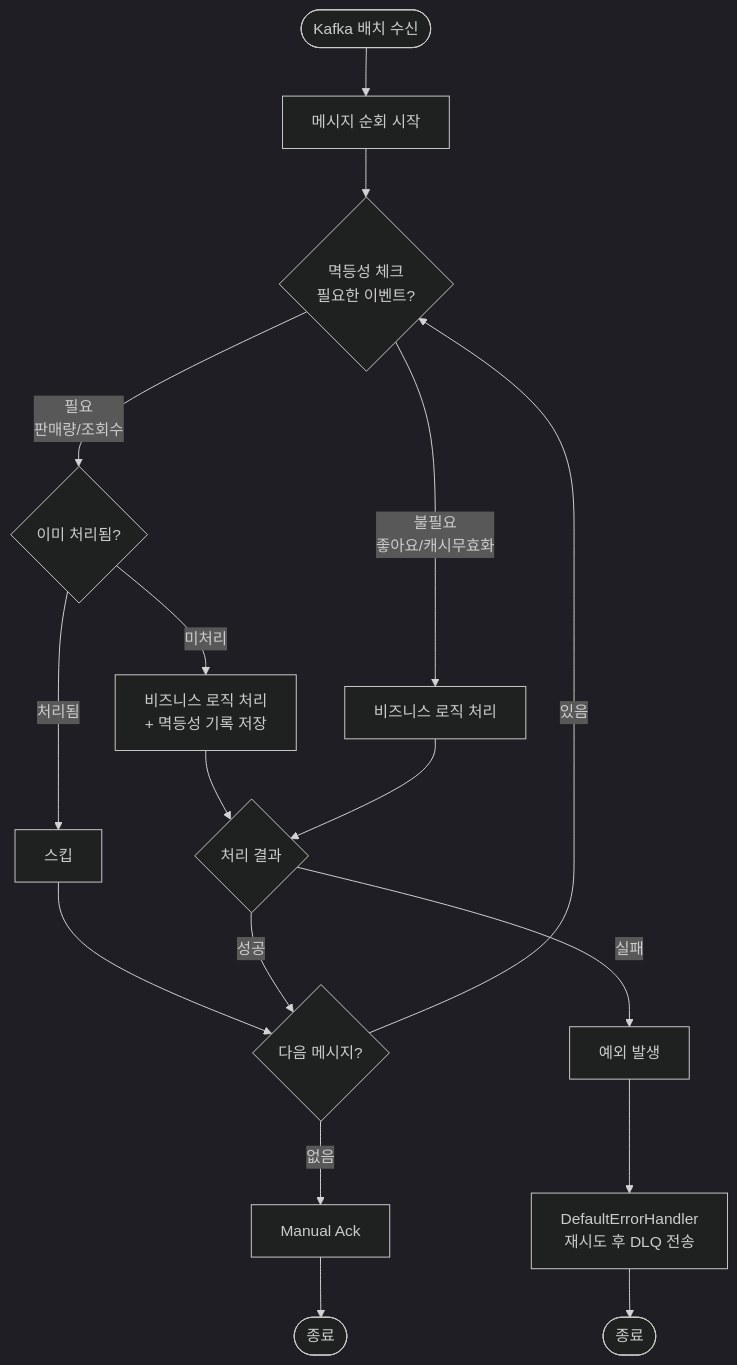
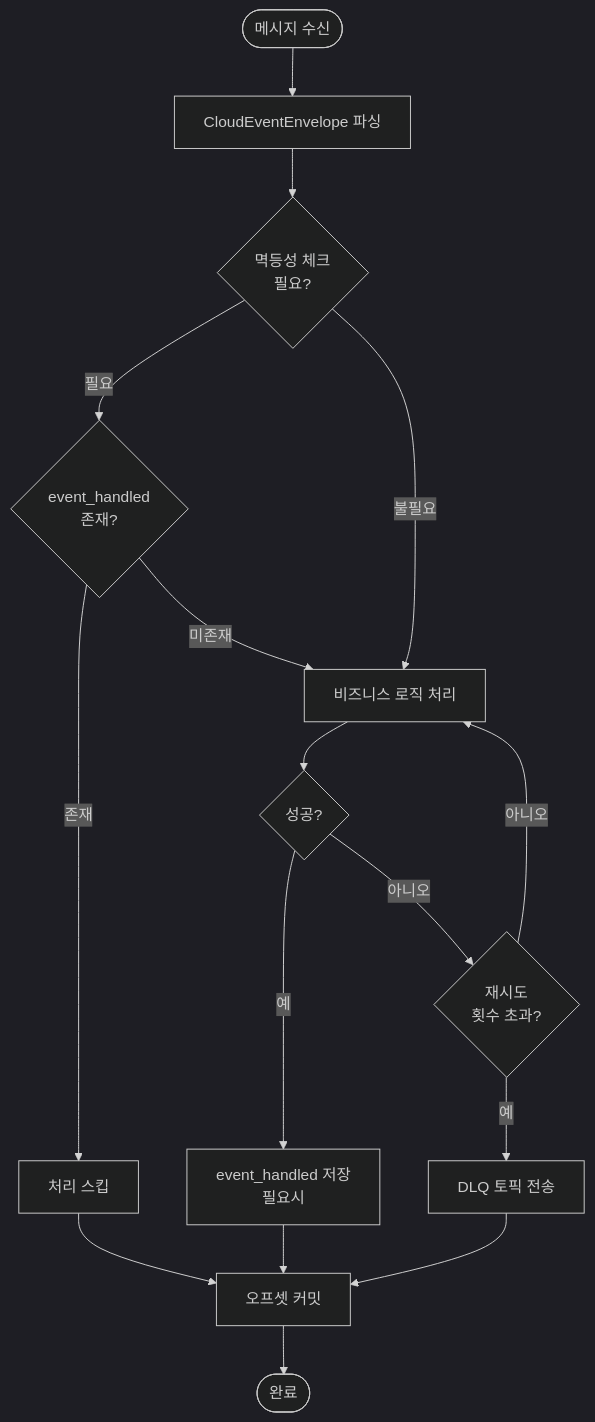
One commit to Loopers-dev-lab/loopers-spring-kotlin-template changed the fourth of 4 diagrams in docs/week8/round8-detailed-design.md. Above: the diagram before and after it, drawn with Mermaid (dark theme). The commit also changed other lines of this file and 1 other file, not shown here.

First line of the commit message:
docs: Kafka 기반 이벤트 설계 문서 간소화

````diff
--- a/docs/week8/round8-detailed-design.md
+++ b/docs/week8/round8-detailed-design.md
@@ -290,28 +144,18 @@
 ```mermaid
 flowchart TD
-    Start([Kafka 배치 수신]) --> LoopStart[메시지 순회 시작]
-    
-    LoopStart --> CheckIdempotency{멱등성 체크<br/>필요한 이벤트?}
-    
-    CheckIdempotency -->|필요<br/>판매량/조회수| CheckHandled{이미 처리됨?}
-    
-    CheckHandled -->|처리됨| SkipMessage[스킵]
-    SkipMessage --> NextMessage
-    
-    CheckHandled -->|미처리| ProcessWithIdempotency[비즈니스 로직 처리<br/>+ 멱등성 기록 저장]
-    
-    CheckIdempotency -->|불필요<br/>좋아요/캐시무효화| ProcessDirect[비즈니스 로직 처리]
-    
-    ProcessWithIdempotency --> ProcessResult{처리 결과}
-    ProcessDirect --> ProcessResult
-    
-    ProcessResult -->|성공| NextMessage
-    
-    ProcessResult -->|실패| ThrowException[예외 발생]
-    ThrowException --> ErrorHandler[DefaultErrorHandler<br/>재시도 후 DLQ 전송]
-    ErrorHandler --> End1([종료])
-    
-    NextMessage{다음 메시지?} -->|있음| CheckIdempotency
-    NextMessage -->|없음| Ack[Manual Ack]
-    Ack --> End2([종료])
+    Start([메시지 수신]) --> Parse[CloudEventEnvelope 파싱]
+    Parse --> CheckIdempotency{멱등성 체크<br/>필요?}
+    CheckIdempotency -->|필요| CheckHandled{event_handled<br/>존재?}
+    CheckHandled -->|존재| Skip[처리 스킵]
+    Skip --> Ack
+    CheckHandled -->|미존재| Process[비즈니스 로직 처리]
+    CheckIdempotency -->|불필요| Process
+    Process --> Success{성공?}
+    Success -->|예| SaveHandled[event_handled 저장<br/>필요시]
+    SaveHandled --> Ack[오프셋 커밋]
+    Ack --> End1([완료])
+    Success -->|아니오| Retry{재시도<br/>횟수 초과?}
+    Retry -->|아니오| Process
+    Retry -->|예| DLQ[DLQ 토픽 전송]
+    DLQ --> Ack
 ```
````
